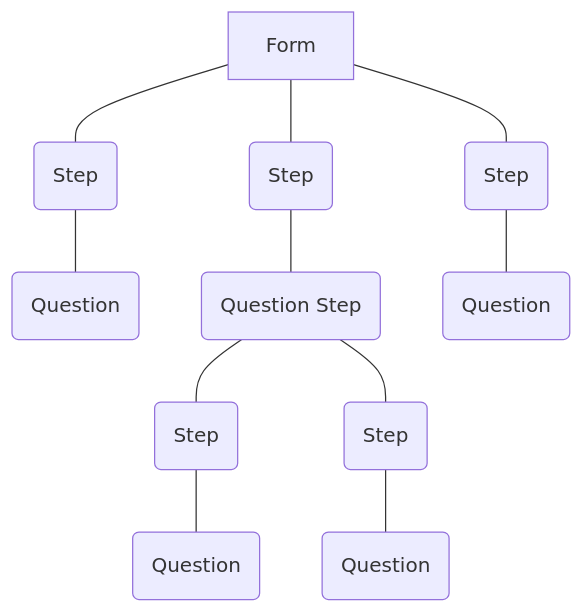
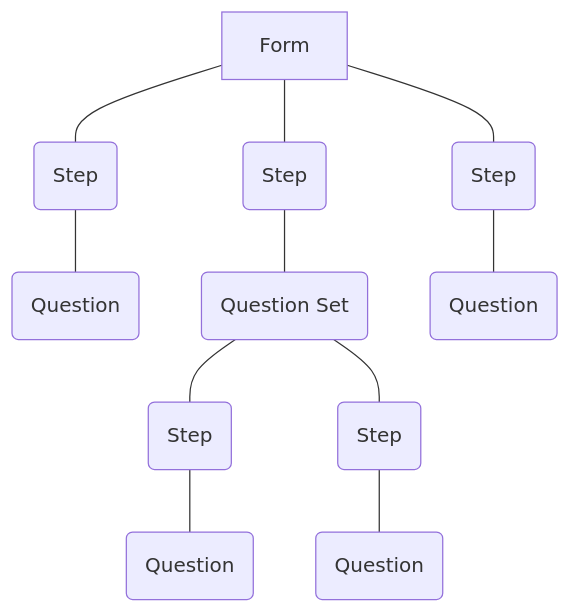
The second of 5 diagrams in ADR/ADR034-add-another-answer-data-model.md (alphagov/forms), drawn with Mermaid before and after one commit. The commit also changed other lines of this file, not shown here.

Commit message:
Fix wording in diagram

````diff
--- a/ADR/ADR034-add-another-answer-data-model.md
+++ b/ADR/ADR034-add-another-answer-data-model.md
@@ -59,13 +59,13 @@
 ```mermaid
 flowchart TD
     Form --- Step1(Step)
     Form --- Step2(Step)
     Form --- Step3(Step)
     Step1 --- Question1(Question)
-    Step2 --- QuestionSet(Question Step)
+    Step2 --- QuestionSet(Question Set)
     Step3 --- Question2(Question)
     QuestionSet --- Step4(Step)
     QuestionSet --- Step5(Step)
     Step4 --- SetQuestion1(Question)
     Step5 --- SetQuestion2(Question)
 ```
````
